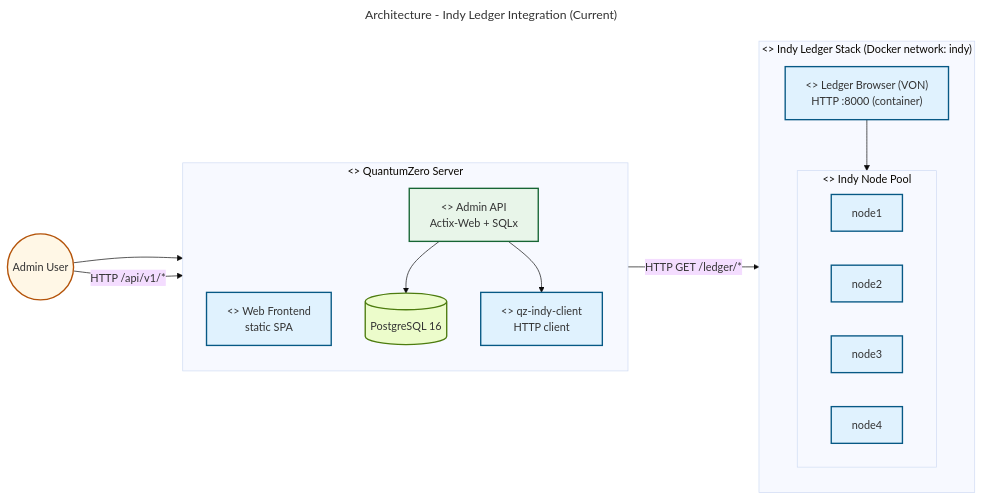
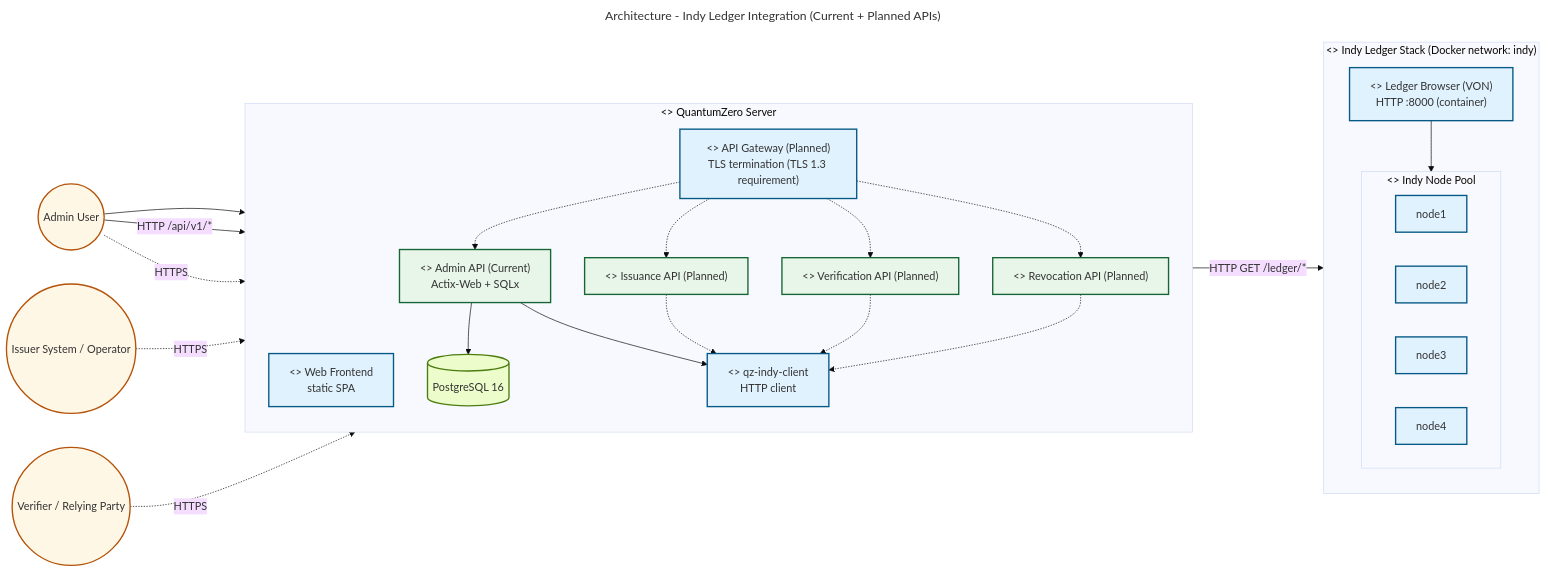
One commit to CHATEAUFORGE-LLC/QuantumZero changed the diagram in diagrams/architecture-server-trusted-ledger.mmd. Above: the diagram before and after it, drawn with Mermaid. The commit also changed 23 other files, not shown here.

Commit message:
syntax corrections and diagram indexing

```diff
--- a/diagrams/architecture-server-trusted-ledger.mmd
+++ b/diagrams/architecture-server-trusted-ledger.mmd
@@ -1,44 +1,64 @@
 ---
-title: Architecture - Indy Ledger Integration (Current)
+title: Architecture - Indy Ledger Integration (Current + Planned APIs)
 config:
   theme: base
 ---
 %% QuantumZero UML palette note: actors/external=#fff7e6/#b45309, system/component=#e0f2fe/#075985, datastore=#ecfccb/#4d7c0f, notes=#fff9c4/#d97706. Aligns diagrams to Deliverable 1 UML/DFD theme.
 flowchart LR
     %% QuantumZero UML palette (standardized)
     classDef actor fill:#fff7e6,stroke:#b45309,stroke-width:2px
     classDef system fill:#eef2ff,stroke:#4338ca,stroke-width:2px
     classDef component fill:#e0f2fe,stroke:#075985,stroke-width:2px
     classDef service fill:#e8f5e9,stroke:#166534,stroke-width:2px
     classDef datastore fill:#ecfccb,stroke:#4d7c0f,stroke-width:2px
 
     %% Admin flows
     Admin(("Admin User")):::actor
+    Verifier(("Verifier / Relying Party")):::actor
+    Issuer(("Issuer System / Operator")):::actor
 
     subgraph QZ["<<system>> QuantumZero Server"]
         direction TB
         Web["<<component>> Web Frontend<br/>static SPA"]:::component
-        API["<<service>> Admin API<br/>Actix-Web + SQLx"]:::service
+        Gateway["<<component>> API Gateway (Planned)<br/>TLS termination (TLS 1.3 requirement)"]:::component
+        AdminAPI["<<service>> Admin API (Current)<br/>Actix-Web + SQLx"]:::service
+        IssuanceAPI["<<service>> Issuance API (Planned)"]:::service
+        VerificationAPI["<<service>> Verification API (Planned)"]:::service
+        RevocationAPI["<<service>> Revocation API (Planned)"]:::service
         DB[("PostgreSQL 16")]:::datastore
         IndyClient["<<component>> qz-indy-client<br/>HTTP client"]:::component
     end
 
     subgraph Indy["<<system>> Indy Ledger Stack (Docker network: indy)"]
         direction TB
         Browser["<<component>> Ledger Browser (VON)<br/>HTTP :8000 (container)"]:::component
         subgraph Pool["<<system>> Indy Node Pool"]
             direction LR
             Node1["node1"]:::component
             Node2["node2"]:::component
             Node3["node3"]:::component
             Node4["node4"]:::component
         end
     end
 
     %% Interactions (current implementation)
     Admin --> Web
-    Admin -->|HTTP /api/v1/*| API
-    API --> DB
-    API --> IndyClient
+    Admin -->|HTTP /api/v1/*| AdminAPI
+    AdminAPI --> DB
+    AdminAPI --> IndyClient
     IndyClient -->|HTTP GET /ledger/*| Browser
     Browser --> Pool
+
+    %% Planned API gateway routing
+    Admin -. HTTPS .-> Gateway
+    Issuer -. HTTPS .-> Gateway
+    Verifier -. HTTPS .-> Gateway
+    Gateway -.-> AdminAPI
+    Gateway -.-> IssuanceAPI
+    Gateway -.-> VerificationAPI
+    Gateway -.-> RevocationAPI
+
+    %% Planned ledger integration for additional APIs (details TBD)
+    IssuanceAPI -.-> IndyClient
+    VerificationAPI -.-> IndyClient
+    RevocationAPI -.-> IndyClient
```
